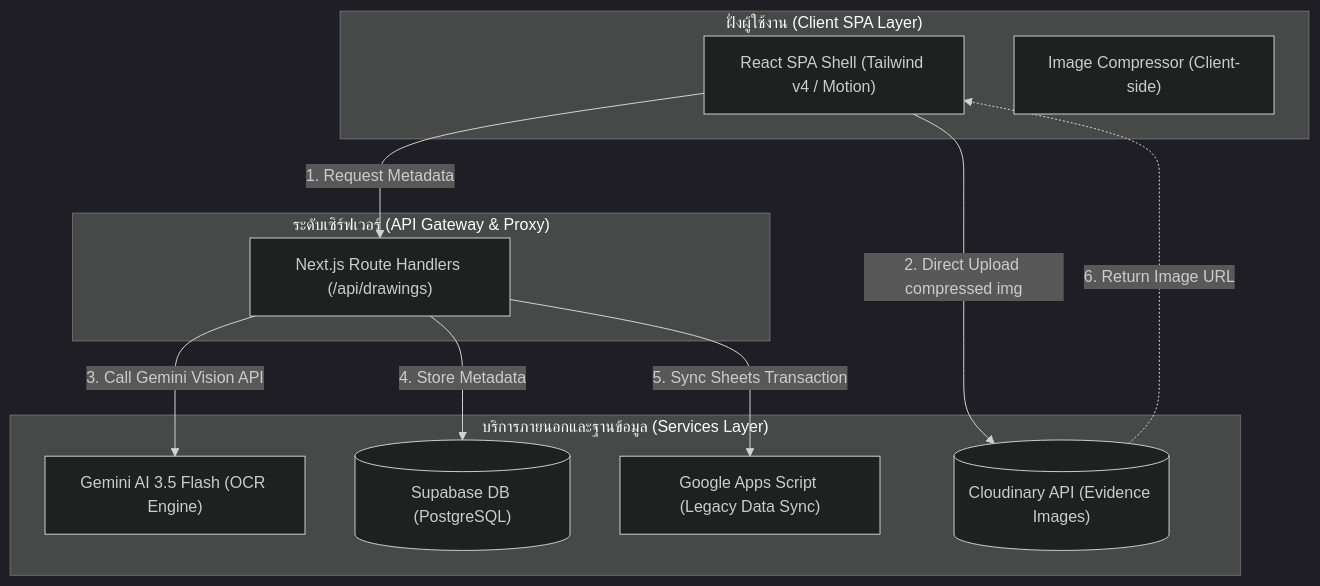
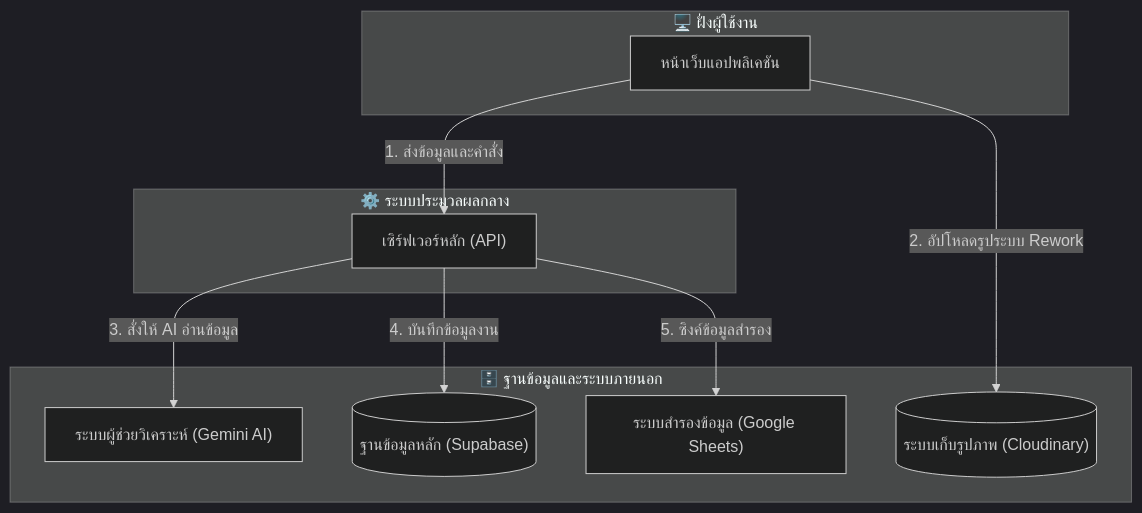
One commit to yean30102546-rgb/QSMS_project changed the first of 7 diagrams in system_flow_diagrams.md. Above: the diagram before and after it, drawn with Mermaid (dark theme). The commit also changed other lines of this file and 16 other files, not shown here.

Commit message:
feat: update RAG module, rework update modals, system diagrams and project docs

````diff
--- a/system_flow_diagrams.md
+++ b/system_flow_diagrams.md
@@ -9,25 +9,23 @@
 ```mermaid
 flowchart TD
-    subgraph Client ["ฝั่งผู้ใช้งาน (Client SPA Layer)"]
-        UI["React SPA Shell (Tailwind v4 / Motion)"]
-        Comp["Image Compressor (Client-side)"]
+    subgraph Client ["🖥️ ฝั่งผู้ใช้งาน"]
+        UI["หน้าเว็บแอปพลิเคชัน"]
     end
 
-    subgraph Server ["ระดับเซิร์ฟเวอร์ (API Gateway & Proxy)"]
-        NextAPI["Next.js Route Handlers (/api/drawings)"]
+    subgraph Server ["⚙️ ระบบประมวลผลกลาง"]
+        API["เซิร์ฟเวอร์หลัก (API)"]
     end
 
-    subgraph Service ["บริการภายนอกและฐานข้อมูล (Services Layer)"]
-        SupaDB[("Supabase DB (PostgreSQL)")]
-        Cloudinary[("Cloudinary API (Evidence Images)")]
-        GAS["Google Apps Script (Legacy Data Sync)"]
-        Gemini["Gemini AI 3.5 Flash (OCR Engine)"]
+    subgraph Database ["🗄️ ฐานข้อมูลและระบบภายนอก"]
+        DB[("ฐานข้อมูลหลัก (Supabase)")]
+        ImageDB[("ระบบเก็บรูปภาพ (Cloudinary)")]
+        AI["ระบบผู้ช่วยวิเคราะห์ (Gemini AI)"]
+        Excel["ระบบสำรองข้อมูล (Google Sheets)"]
     end
 
-    UI -->|1. Request Metadata| NextAPI
-    UI -->|2. Direct Upload compressed img| Cloudinary
-    NextAPI -->|3. Call Gemini Vision API| Gemini
-    NextAPI -->|4. Store Metadata| SupaDB
-    NextAPI -->|5. Sync Sheets Transaction| GAS
-    Cloudinary -.->|6. Return Image URL| UI
+    UI -->|"1. ส่งข้อมูลและคำสั่ง"| API
+    UI -->|"2. อัปโหลดรูประบบ Rework"| ImageDB
+    API -->|"3. สั่งให้ AI อ่านข้อมูล"| AI
+    API -->|"4. บันทึกข้อมูลงาน"| DB
+    API -->|"5. ซิงค์ข้อมูลสำรอง"| Excel
 ```
````
